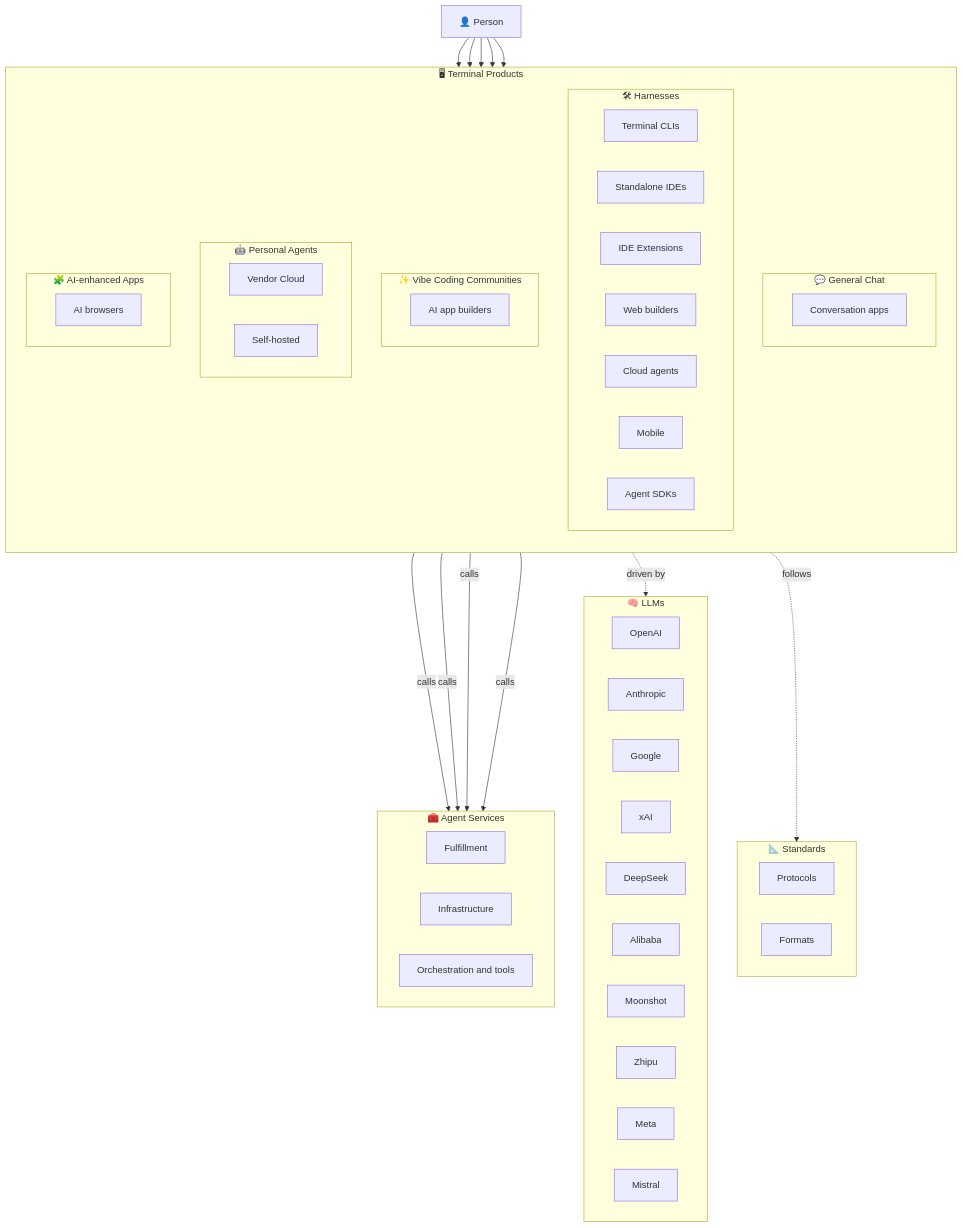
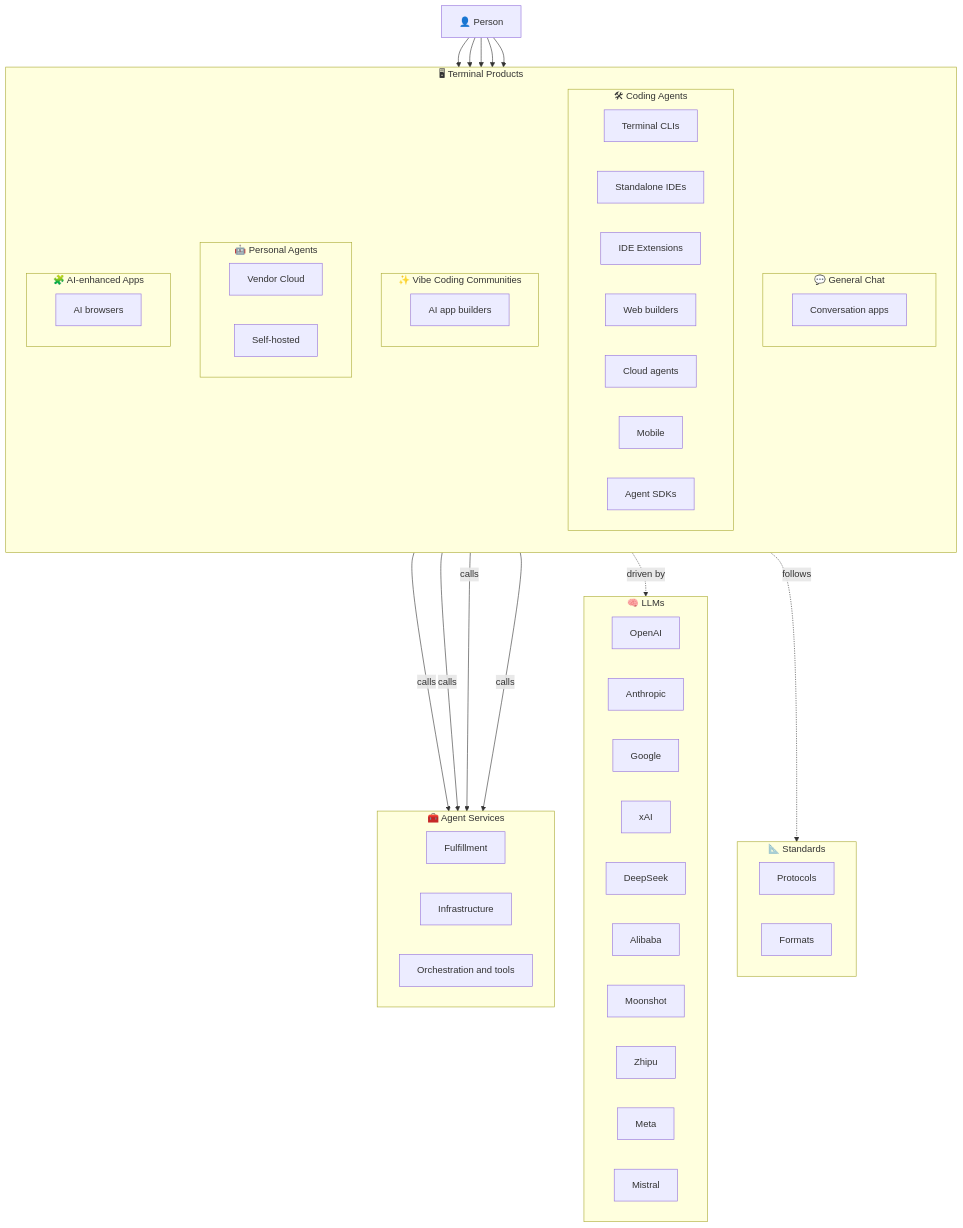
One commit to 0xWelt/Awesome-Vibe-Coding changed the diagram in README.md. Above: the diagram before and after it, drawn with Mermaid. The commit also changed other lines of this file and 107 other files, not shown here.

First line of the commit message:
refactor: 将 Harnesses 重命名为 Coding Agents (#458)

````diff
--- a/README.md
+++ b/README.md
@@ -32,74 +32,74 @@
 ```mermaid
 flowchart TB
     Person["👤 Person"]
 
     subgraph products["🖥 Terminal Products"]
         direction TB
         subgraph chat["💬 General Chat"]
             direction LR
             GC1["Conversation apps"]
         end
-        subgraph harnesses["🛠 Harnesses"]
+        subgraph coding["🛠 Coding Agents"]
             direction LR
             H1["Terminal CLIs"]
             H2["Standalone IDEs"]
             H3["IDE Extensions"]
             H4["Web builders"]
             H5["Cloud agents"]
             H6["Mobile"]
             H7["Agent SDKs"]
         end
         subgraph community["✨ Vibe Coding Communities"]
             direction LR
             C1["AI app builders"]
         end
         subgraph personal["🤖 Personal Agents"]
             direction LR
             P1["Vendor Cloud"]
             P2["Self-hosted"]
         end
         subgraph apps["🧩 AI-enhanced Apps"]
             direction LR
             A1["AI browsers"]
         end
     end
 
     subgraph services["🧰 Agent Services"]
         direction LR
         S1["Fulfillment"]
         S2["Infrastructure"]
         S3["Orchestration and tools"]
     end
 
     subgraph llms["🧠 LLMs"]
         direction LR
         L1["OpenAI"]
         L2["Anthropic"]
         L3["Google"]
         L4["xAI"]
         L5["DeepSeek"]
         L6["Alibaba"]
         L7["Moonshot"]
         L8["Zhipu"]
         L9["Meta"]
         L10["Mistral"]
     end
 
     subgraph standards["📐 Standards"]
         direction LR
         ST1["Protocols"]
         ST2["Formats"]
     end
 
     Person --> chat
-    Person --> harnesses
+    Person --> coding
     Person --> community
     Person --> personal
     Person --> apps
     chat -->|calls| services
-    harnesses -->|calls| services
+    coding -->|calls| services
     personal -->|calls| services
     apps -->|calls| services
-    harnesses -.->|driven by| llms
-    harnesses -.->|follows| standards
+    coding -.->|driven by| llms
+    coding -.->|follows| standards
 ```
````
